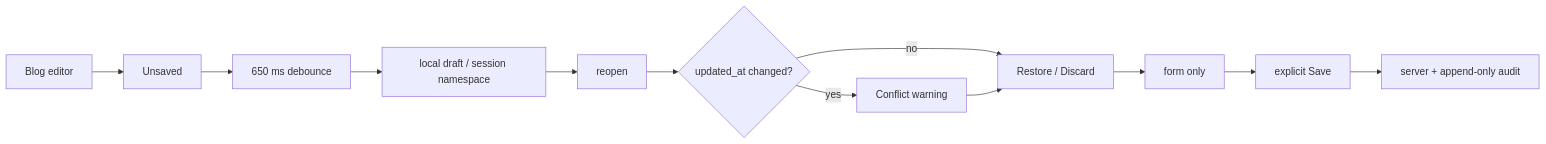
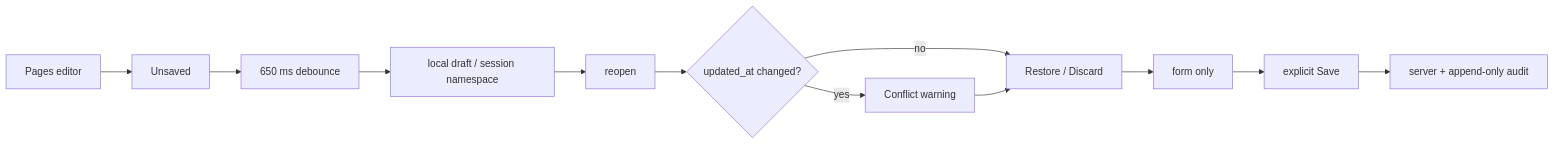
One commit to pl0n3r/brvtal changed the diagram in README.md. Above: the diagram before and after it, drawn with Mermaid. The commit also changed other lines of this file and 11 other files, not shown here.

````diff
--- a/README.md
+++ b/README.md
@@ -45,14 +45,14 @@
 ```mermaid
 flowchart LR
-  E["Blog editor"] --> U["Unsaved"]
+  P["Pages editor"] --> U["Unsaved"]
   U --> D["650 ms debounce"]
   D --> L["local draft / session namespace"]
   L --> R["reopen"]
   R --> C{"updated_at changed?"}
   C -- no --> X["Restore / Discard"]
   C -- yes --> W["Conflict warning"]
   W --> X
   X --> F["form only"]
   F --> S["explicit Save"]
   S --> A["server + append-only audit"]
 ```
````
